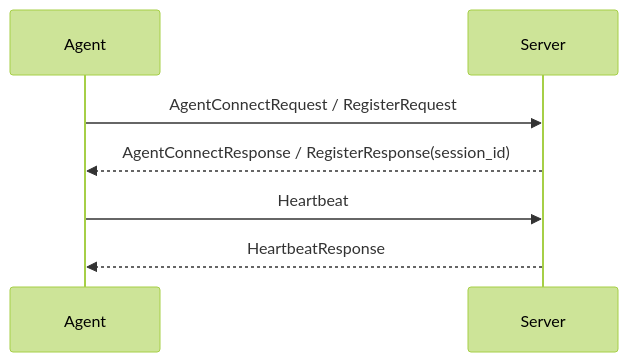
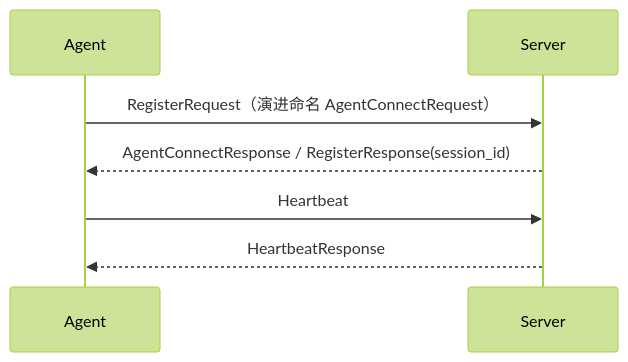
The fourth of 5 diagrams in docs/architecture/data-flow.md (cuihairu/croupier), drawn with Mermaid (forest theme) before and after one commit. The commit also changed 64 other files, not shown here.

````diff
--- a/docs/architecture/data-flow.md
+++ b/docs/architecture/data-flow.md
@@ -92,10 +92,10 @@
 ```mermaid
 sequenceDiagram
     participant Agent as Agent
     participant Server as Server
 
-    Agent->>Server: AgentConnectRequest / RegisterRequest
+    Agent->>Server: RegisterRequest（演进命名 AgentConnectRequest）
     Server-->>Agent: AgentConnectResponse / RegisterResponse(session_id)
     Agent->>Server: Heartbeat
     Server-->>Agent: HeartbeatResponse
 ```
````
